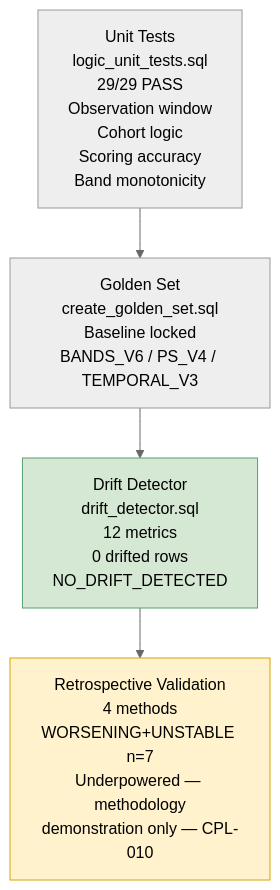
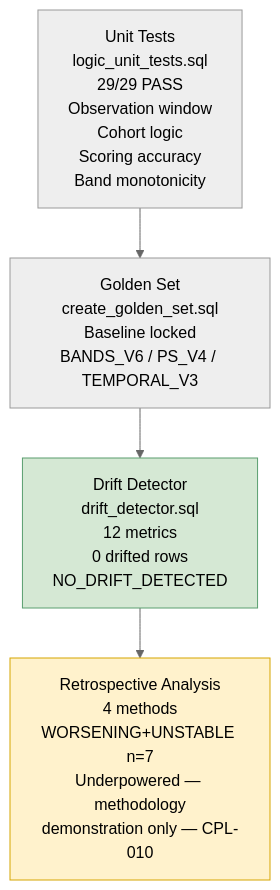
One commit to asadqureshi12/cardiometabolic-deterioration changed the second of 2 diagrams in README.md. Above: the diagram before and after it, drawn with Mermaid (neutral theme). The commit also changed other lines of this file, not shown here.

````diff
--- a/README.md
+++ b/README.md
@@ -228,15 +265,15 @@
 ```mermaid
 flowchart TD
     U["Unit Tests\nlogic_unit_tests.sql\n29/29 PASS\nObservation window\nCohort logic\nScoring accuracy\nBand monotonicity"]
 
     G["Golden Set\ncreate_golden_set.sql\nBaseline locked\nBANDS_V6 / PS_V4 / TEMPORAL_V3"]
 
     D["Drift Detector\ndrift_detector.sql\n12 metrics\n0 drifted rows\nNO_DRIFT_DETECTED"]
 
-    R["Retrospective Validation\n4 methods\nWORSENING+UNSTABLE n=7\nUnderpowered — methodology\ndemonstration only — CPL-010"]
+    R["Retrospective Analysis\n4 methods\nWORSENING+UNSTABLE n=7\nUnderpowered — methodology\ndemonstration only — CPL-010"]
 
     U --> G --> D --> R
 
     style D fill:#d5e8d4,stroke:#5a9e6f,color:#000000
     style R fill:#fff2cc,stroke:#d6a500,color:#000000
 ```
````
